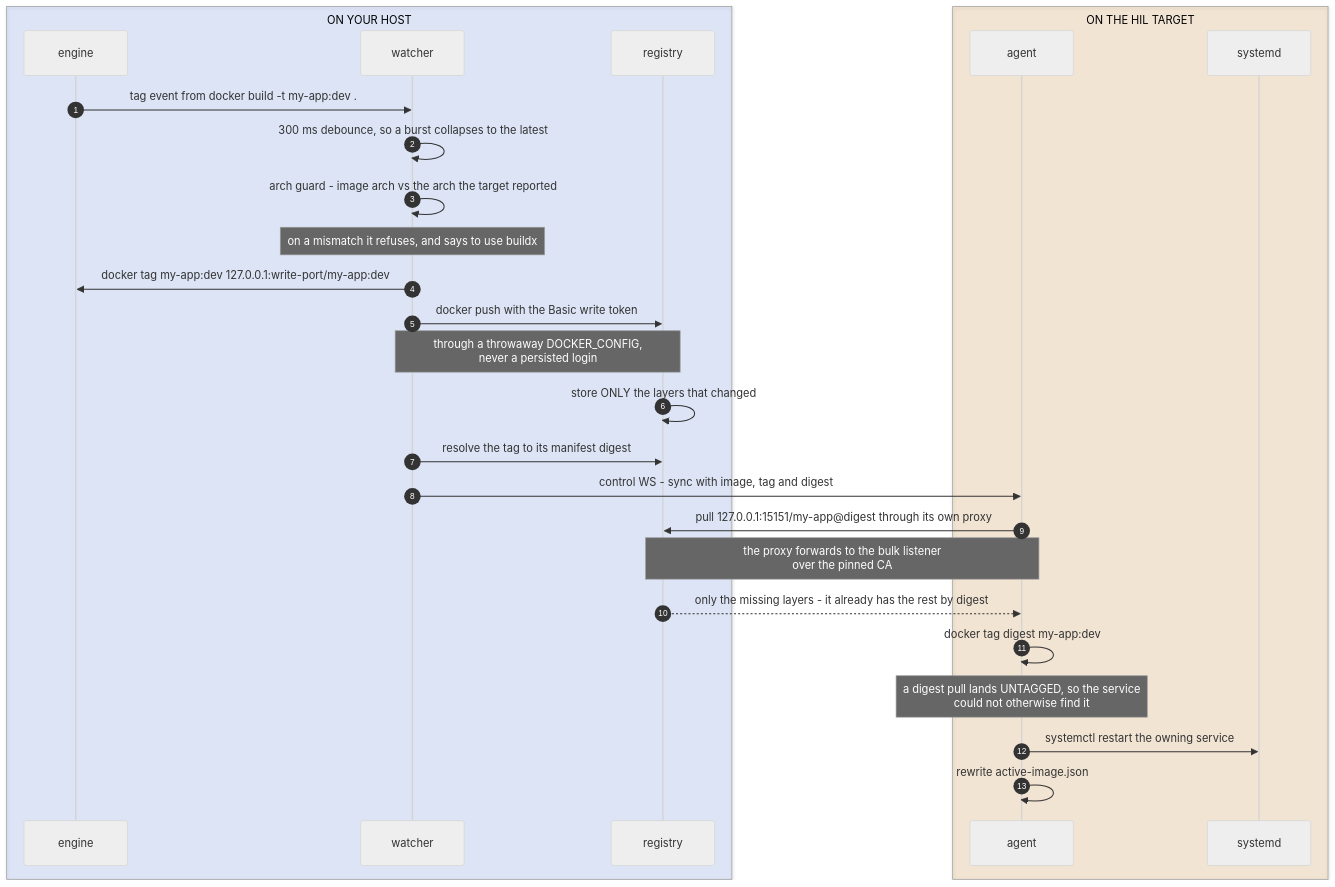
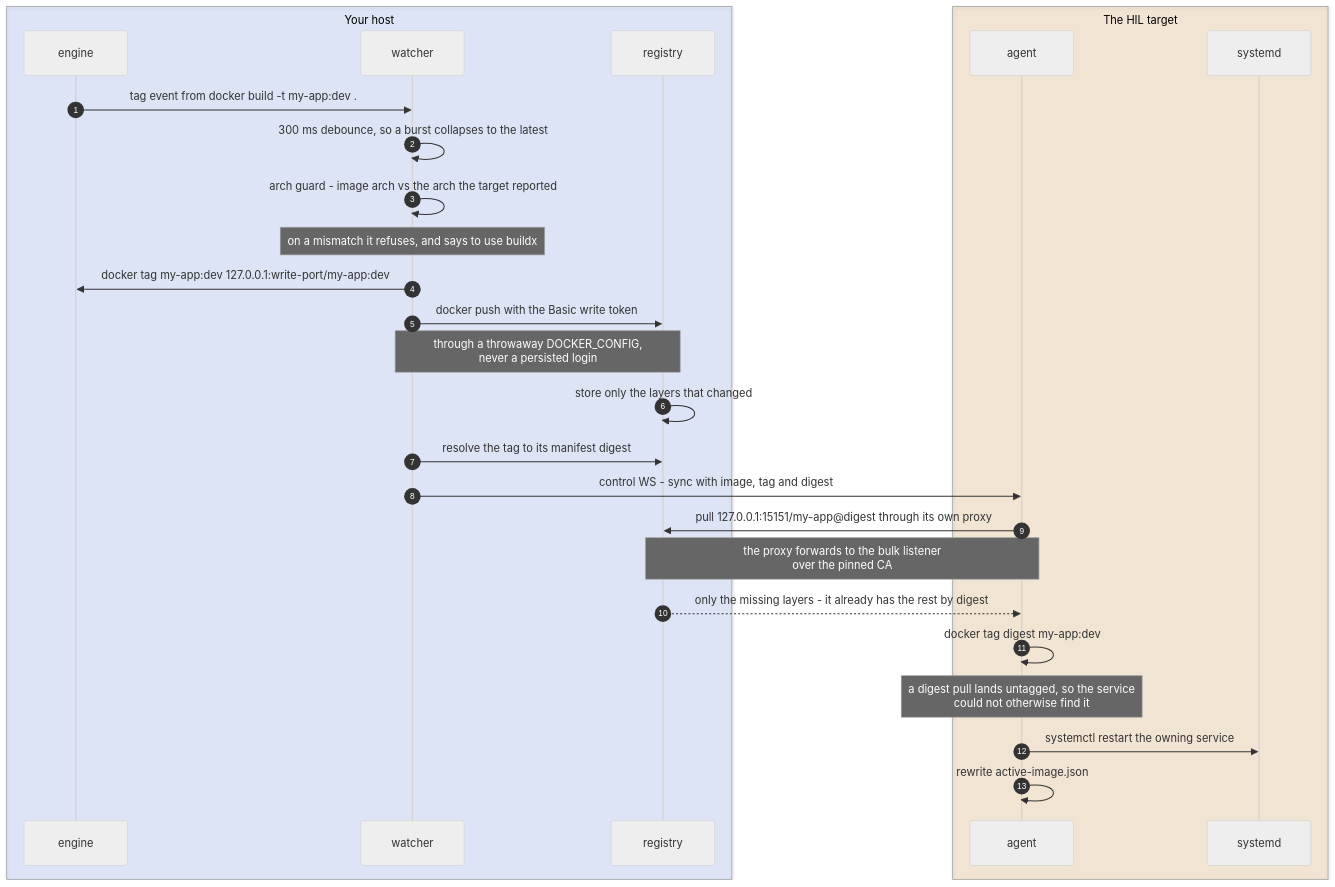
One commit to peridio/docs changed the fourth of 5 diagrams in src/docs-guides/container-dev-mode.md. Above: the diagram before and after it, drawn with Mermaid (neutral theme). The commit also changed other lines of this file, not shown here.

First line of the commit message:
docs-guides/container-dev-mode: stop the diagrams shouting

````diff
--- a/src/docs-guides/container-dev-mode.md
+++ b/src/docs-guides/container-dev-mode.md
@@ -262,33 +262,33 @@
 ```mermaid
 sequenceDiagram
     autonumber
-    box rgba(37,99,235,0.12) ON YOUR HOST
+    box rgba(37,99,235,0.12) Your host
     participant E as engine
     participant W as watcher
     participant R as registry
     end
-    box rgba(217,119,6,0.14) ON THE HIL TARGET
+    box rgba(217,119,6,0.14) The HIL target
     participant A as agent
     participant S as systemd
     end
 
     E->>W: tag event from docker build -t my-app:dev .
     W->>W: 300 ms debounce, so a burst collapses to the latest
     W->>W: arch guard - image arch vs the arch the target reported
     Note over W: on a mismatch it refuses, and says to use buildx
 
     W->>E: docker tag my-app:dev 127.0.0.1:write-port/my-app:dev
     W->>R: docker push with the Basic write token
     Note over W,R: through a throwaway DOCKER_CONFIG,<br/>never a persisted login
-    R->>R: store ONLY the layers that changed
+    R->>R: store only the layers that changed
     W->>R: resolve the tag to its manifest digest
 
     W->>A: control WS - sync with image, tag and digest
     A->>R: pull 127.0.0.1:15151/my-app@digest through its own proxy
     Note over A,R: the proxy forwards to the bulk listener<br/>over the pinned CA
     R-->>A: only the missing layers - it already has the rest by digest
     A->>A: docker tag digest my-app:dev
-    Note over A: a digest pull lands UNTAGGED, so the service<br/>could not otherwise find it
+    Note over A: a digest pull lands untagged, so the service<br/>could not otherwise find it
     A->>S: systemctl restart the owning service
     A->>A: rewrite active-image.json
 ```
````
